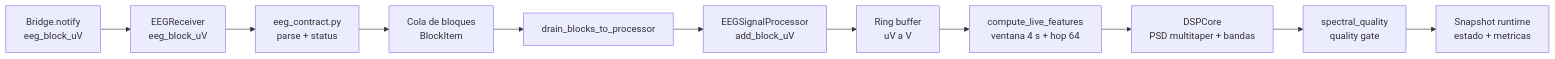
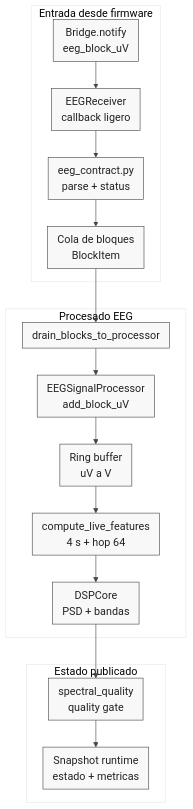
Before and after one commit to valtorresm97/REDACCION-TFG: the diagram in TFG_EEG_MIDI/images/uml/impl_backend_flujo_python.mmd, drawn with Mermaid.

Commit message:
Improve Python backend Mermaid diagram style

```diff
--- a/TFG_EEG_MIDI/images/uml/impl_backend_flujo_python.mmd
+++ b/TFG_EEG_MIDI/images/uml/impl_backend_flujo_python.mmd
@@ -1,11 +1,21 @@
-flowchart LR
-  event["Bridge.notify\neeg_block_uV"] --> rx["EEGReceiver\neeg_block_uV"]
-  rx --> contract["eeg_contract.py\nparse + status"]
-  contract --> queue["Cola de bloques\nBlockItem"]
-  queue --> drain["drain_blocks_to_processor"]
-  drain --> proc["EEGSignalProcessor\nadd_block_uV"]
-  proc --> buffer["Ring buffer\nuV a V"]
-  buffer --> features["compute_live_features\nventana 4 s + hop 64"]
-  features --> dsp["DSPCore\nPSD multitaper + bandas"]
-  dsp --> quality["spectral_quality\nquality gate"]
-  quality --> snapshot["Snapshot runtime\nestado + metricas"]
+%%{init: {"theme": "base", "themeVariables": {"fontFamily": "Arial", "fontSize": "18px", "primaryColor": "#F8F8F8", "primaryTextColor": "#222222", "primaryBorderColor": "#444444", "lineColor": "#444444", "secondaryColor": "#FFFFFF", "tertiaryColor": "#FFFFFF"}, "flowchart": {"curve": "linear", "nodeSpacing": 35, "rankSpacing": 45, "padding": 8, "htmlLabels": false}}}%%
+flowchart TB
+  subgraph in["Entrada desde firmware"]
+    event["Bridge.notify\neeg_block_uV"] --> rx["EEGReceiver\ncallback ligero"]
+    rx --> contract["eeg_contract.py\nparse + status"]
+    contract --> queue["Cola de bloques\nBlockItem"]
+  end
+
+  subgraph dsp["Procesado EEG"]
+    drain["drain_blocks_to_processor"] --> proc["EEGSignalProcessor\nadd_block_uV"]
+    proc --> buffer["Ring buffer\nuV a V"]
+    buffer --> features["compute_live_features\n4 s + hop 64"]
+    features --> core["DSPCore\nPSD + bandas"]
+  end
+
+  subgraph out["Estado publicado"]
+    quality["spectral_quality\nquality gate"] --> snapshot["Snapshot runtime\nestado + metricas"]
+  end
+
+  queue --> drain
+  core --> quality
```
